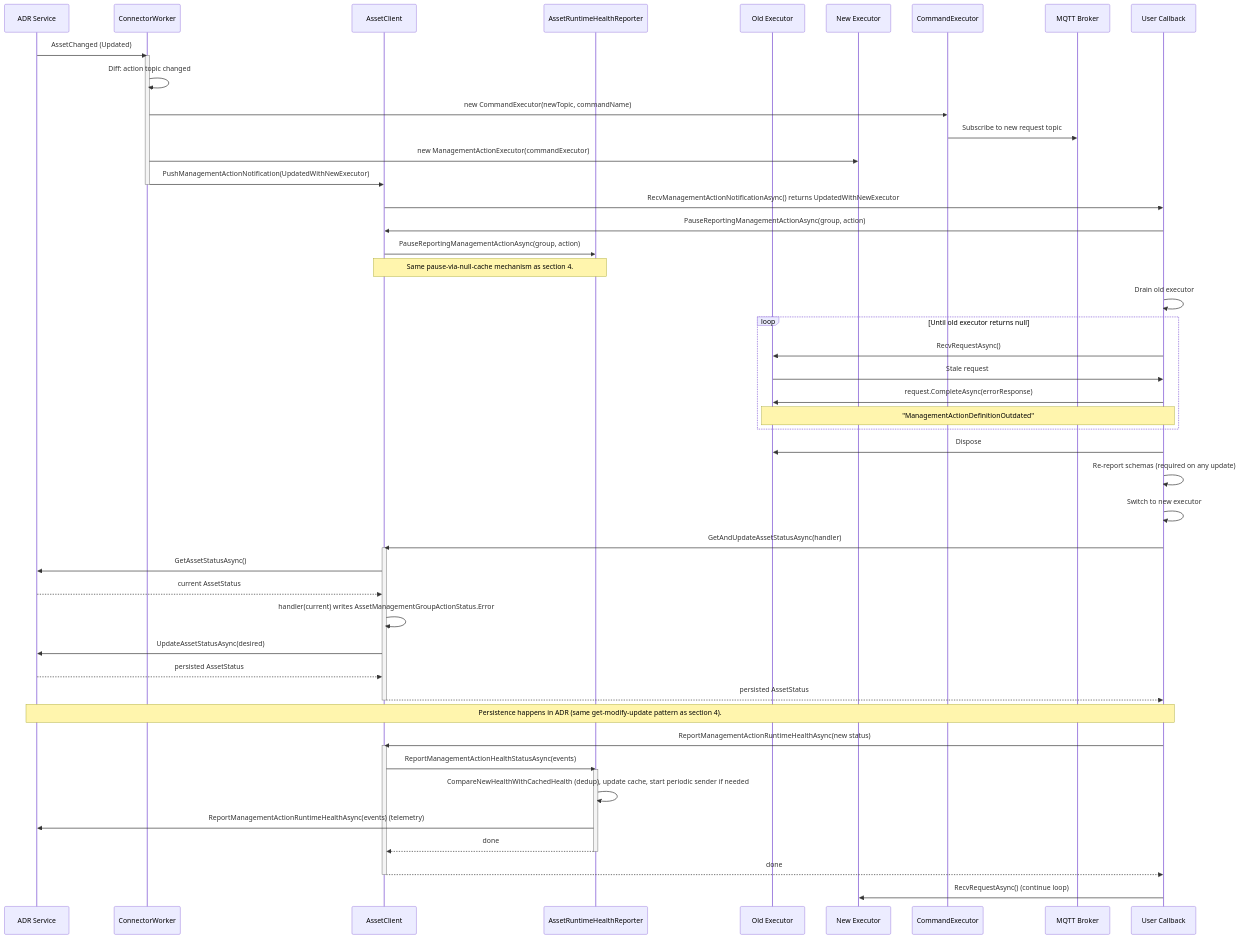
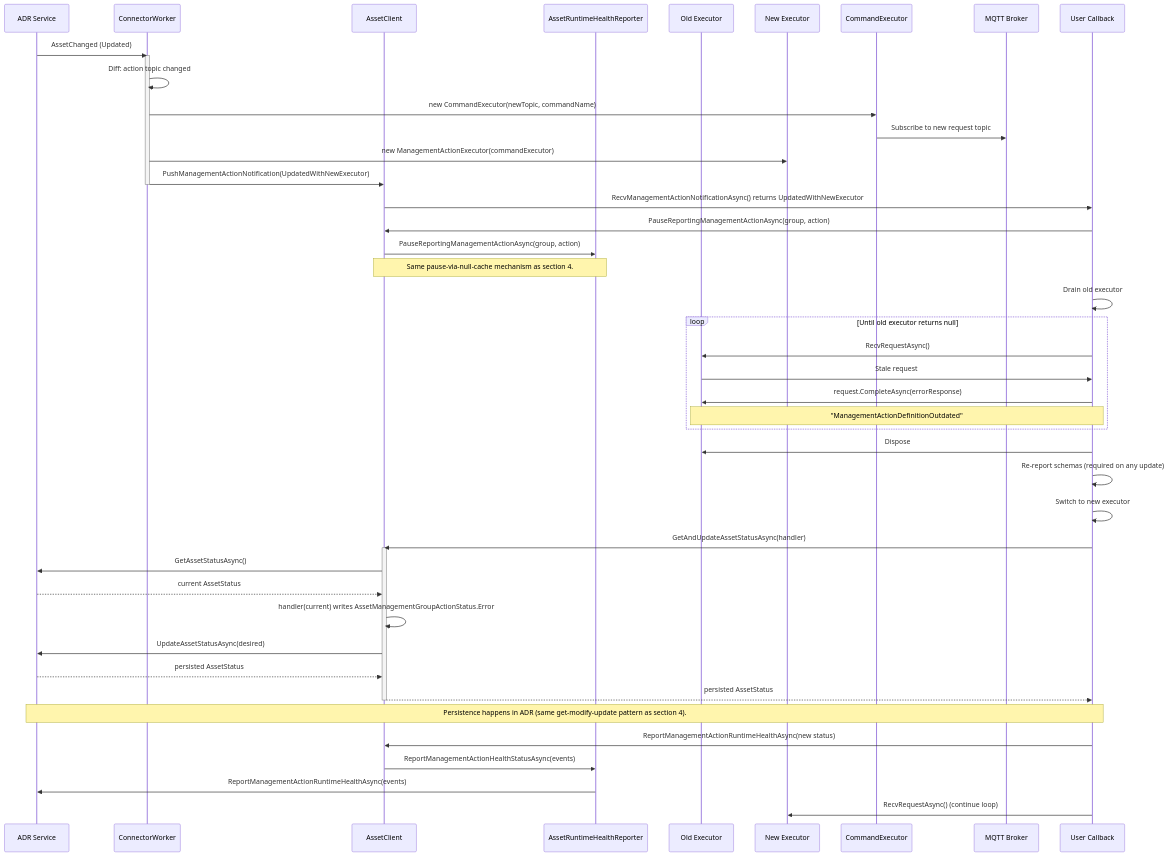
Before and after one commit to Azure/iot-operations-sdks: the seventh of 10 diagrams in doc/dev/tmp/management-action-implementation-design.md, drawn with Mermaid. The commit also changed other lines of this file, not shown here.

````diff
--- a/doc/dev/tmp/management-action-implementation-design.md
+++ b/doc/dev/tmp/management-action-implementation-design.md
@@ -758,61 +746,54 @@
 ```mermaid
 sequenceDiagram
     participant ADR as ADR Service
     participant CW as ConnectorWorker
     participant AC as AssetClient
     participant HR as AssetRuntimeHealthReporter
     participant MAE_old as Old Executor
     participant MAE_new as New Executor
     participant CE as CommandExecutor
     participant MQTT as MQTT Broker
     participant User as User Callback
 
     ADR->>CW: AssetChanged (Updated)
     activate CW
     CW->>CW: Diff: action topic changed
 
     CW->>CE: new CommandExecutor(newTopic, commandName)
     CE->>MQTT: Subscribe to new request topic
     CW->>MAE_new: new ManagementActionExecutor(commandExecutor)
 
     CW->>AC: PushManagementActionNotification(UpdatedWithNewExecutor)
     deactivate CW
     AC->>User: RecvManagementActionNotificationAsync() returns UpdatedWithNewExecutor
 
     User->>AC: PauseReportingManagementActionAsync(group, action)
     AC->>HR: PauseReportingManagementActionAsync(group, action)
     Note over AC,HR: Same pause-via-null-cache mechanism as section 4.
 
     User->>User: Drain old executor
     loop Until old executor returns null
         User->>MAE_old: RecvRequestAsync()
         MAE_old->>User: Stale request
         User->>MAE_old: request.CompleteAsync(errorResponse)
         Note over User,MAE_old: "ManagementActionDefinitionOutdated"
     end
     User->>MAE_old: Dispose
 
     User->>User: Re-report schemas (required on any update)
     User->>User: Switch to new executor
     User->>AC: GetAndUpdateAssetStatusAsync(handler)
     activate AC
     AC->>ADR: GetAssetStatusAsync()
     ADR-->>AC: current AssetStatus
     AC->>AC: handler(current) writes AssetManagementGroupActionStatus.Error
     AC->>ADR: UpdateAssetStatusAsync(desired)
     ADR-->>AC: persisted AssetStatus
     AC-->>User: persisted AssetStatus
     deactivate AC
     Note over User,ADR: Persistence happens in ADR (same get-modify-update pattern as section 4).
     User->>AC: ReportManagementActionRuntimeHealthAsync(new status)
-    activate AC
     AC->>HR: ReportManagementActionHealthStatusAsync(events)
-    activate HR
-    HR->>HR: CompareNewHealthWithCachedHealth (dedup), update cache, start periodic sender if needed
-    HR->>ADR: ReportManagementActionRuntimeHealthAsync(events) (telemetry)
-    HR-->>AC: done
-    deactivate HR
-    AC-->>User: done
-    deactivate AC
+    HR->>ADR: ReportManagementActionRuntimeHealthAsync(events)
     User->>MAE_new: RecvRequestAsync() (continue loop)
 ```
````
